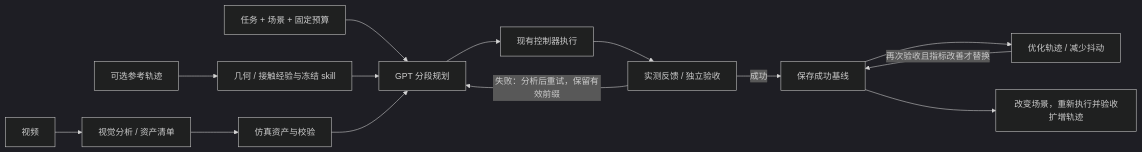
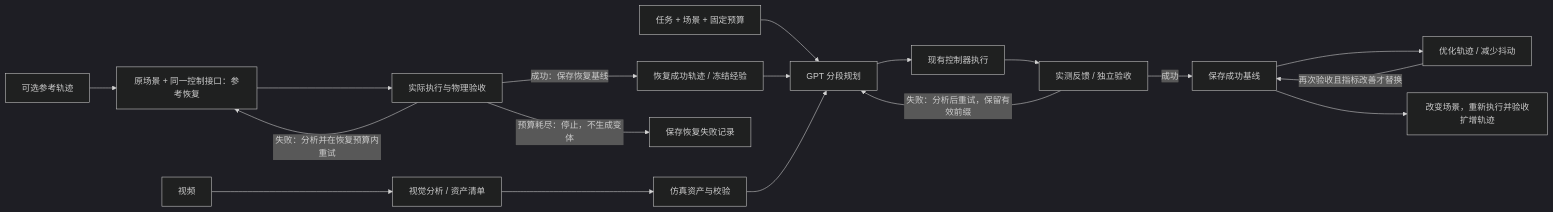
Before and after one commit to rascal-yang/cap-sim: the diagram in README.md, drawn with Mermaid (dark theme). The commit also changed other lines of this file and 6 other files, not shown here.

````diff
--- a/README.md
+++ b/README.md
@@ -7,16 +7,20 @@
 ```mermaid
 flowchart LR
   V[视频] --> A[视觉分析 / 资产清单]
   A --> S[仿真资产与校验]
   T[任务 + 场景 + 固定预算] --> P[GPT 分段规划]
-  R[可选参考轨迹] --> K[几何 / 接触经验与冻结 skill]
+  R[可选参考轨迹] --> RR[原场景 + 同一控制接口：参考恢复]
+  RR --> RV[实际执行与物理验收]
+  RV -->|失败：分析并在恢复预算内重试| RR
+  RV -->|预算耗尽：停止，不生成变体| STOP[保存恢复失败记录]
+  RV -->|成功：保存恢复基线| K[恢复成功轨迹 / 冻结经验]
   K --> P
   S --> P
   P --> C[现有控制器执行]
   C --> F[实测反馈 / 独立验收]
   F -->|失败：分析后重试，保留有效前缀| P
   F -->|成功| B[保存成功基线]
   B --> O[优化轨迹 / 减少抖动]
   O -->|再次验收且指标改善才替换| B
   B --> X[改变场景，重新执行并验收扩增轨迹]
 ```
````
